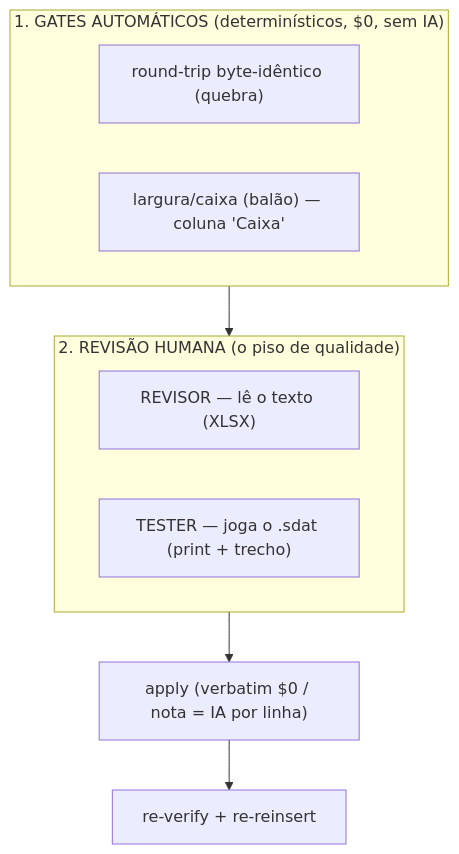
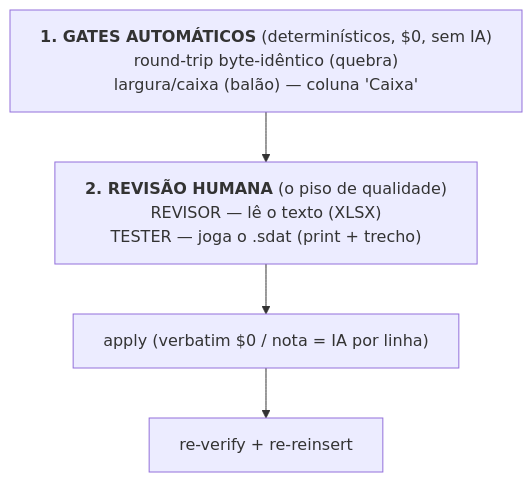
One commit to scudellerlemos/translation-cognition-framework changed the diagram in docs/QA_REVIEW.md. Above: the diagram before and after it, drawn with Mermaid. The commit also changed other lines of this file and 25 other files, not shown here.

````diff
--- a/docs/QA_REVIEW.md
+++ b/docs/QA_REVIEW.md
@@ -15,13 +15,8 @@
 ```mermaid
+%%{init: {'flowchart': {'wrappingWidth': 520}}}%%
 flowchart TB
-  subgraph A["1. GATES AUTOMÁTICOS (determinísticos, $0, sem IA)"]
-    g1["round-trip byte-idêntico (quebra)"]
-    g2["largura/caixa (balão) — coluna 'Caixa'"]
-  end
-  subgraph B["2. REVISÃO HUMANA (o piso de qualidade)"]
-    r1["REVISOR — lê o texto (XLSX)"]
-    r2["TESTER — joga o .sdat (print + trecho)"]
-  end
+  A["<b>1. GATES AUTOMÁTICOS</b> (determinísticos, $0, sem IA)<br/>round-trip byte-idêntico (quebra)<br/>largura/caixa (balão) — coluna 'Caixa'"]
+  B["<b>2. REVISÃO HUMANA</b> (o piso de qualidade)<br/>REVISOR — lê o texto (XLSX)<br/>TESTER — joga o .sdat (print + trecho)"]
   A --> B --> ap["apply (verbatim $0 / nota = IA por linha)"]
   ap --> rv["re-verify + re-reinsert"]
 ```
````
